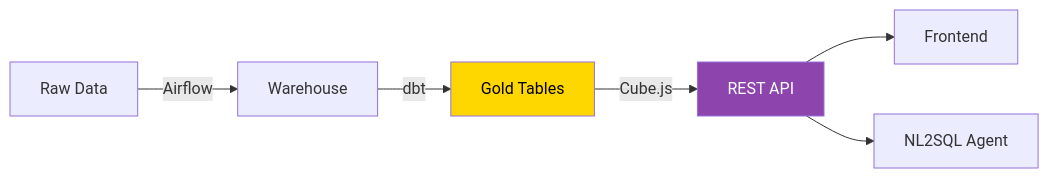
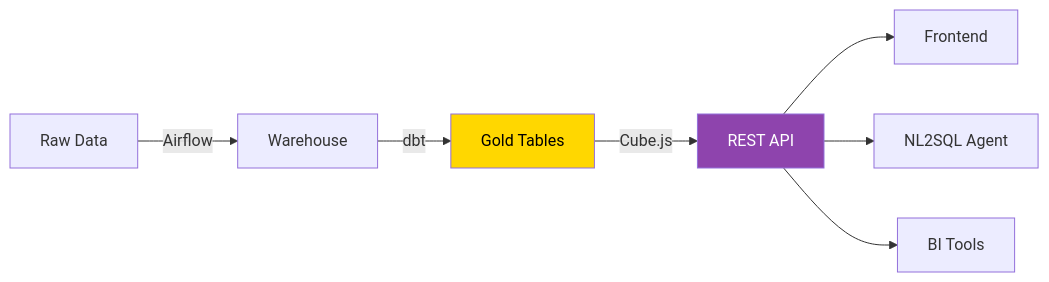
One commit to izzyLim/BIP-Pipeline changed diagram 12 of 12 in docs/guide_dbt.md. Above: the diagram before and after it, drawn with Mermaid. The commit also changed other lines of this file and 3 other files, not shown here.

````diff
--- a/docs/guide_dbt.md
+++ b/docs/guide_dbt.md
@@ -739,11 +1279,12 @@
 ```mermaid
 graph LR
     A[Raw Data] -->|Airflow| B[Warehouse]
     B -->|dbt| C[Gold Tables]
     C -->|Cube.js| D[REST API]
     D --> E[Frontend]
     D --> F[NL2SQL Agent]
+    D --> G[BI Tools]
 
     style C fill:#ffd700,color:#000
     style D fill:#8e44ad,color:#fff
 ```
````
